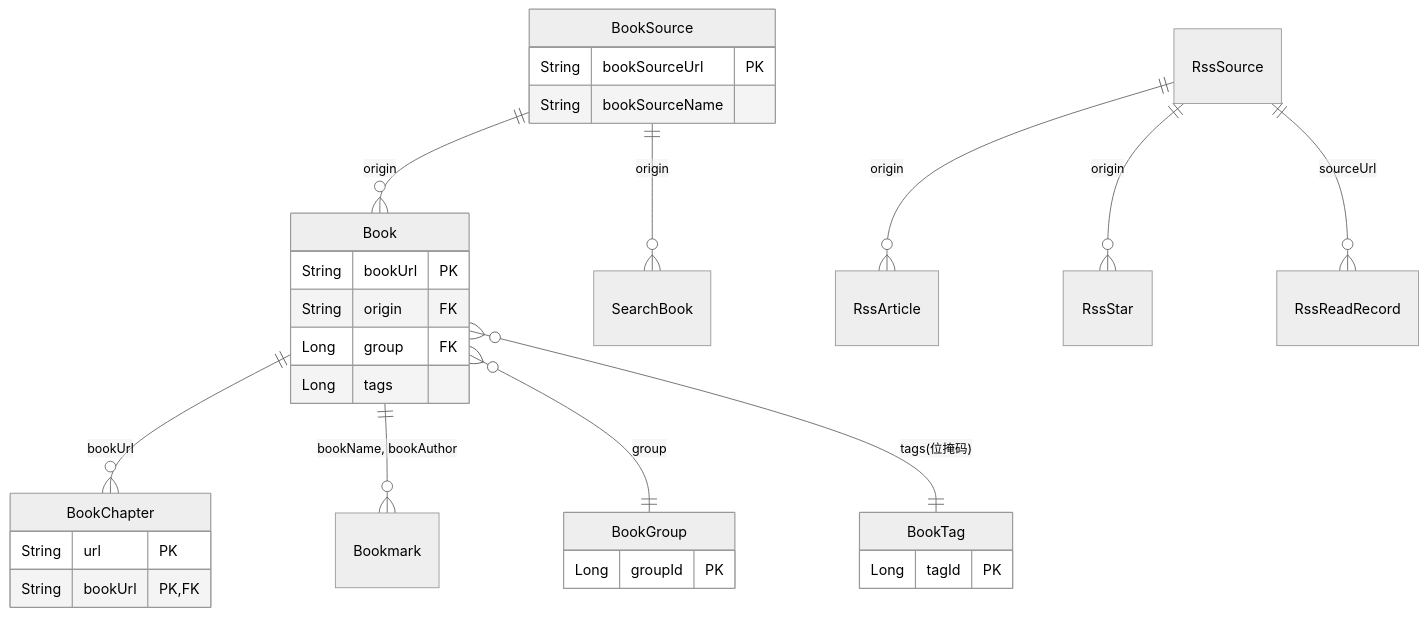
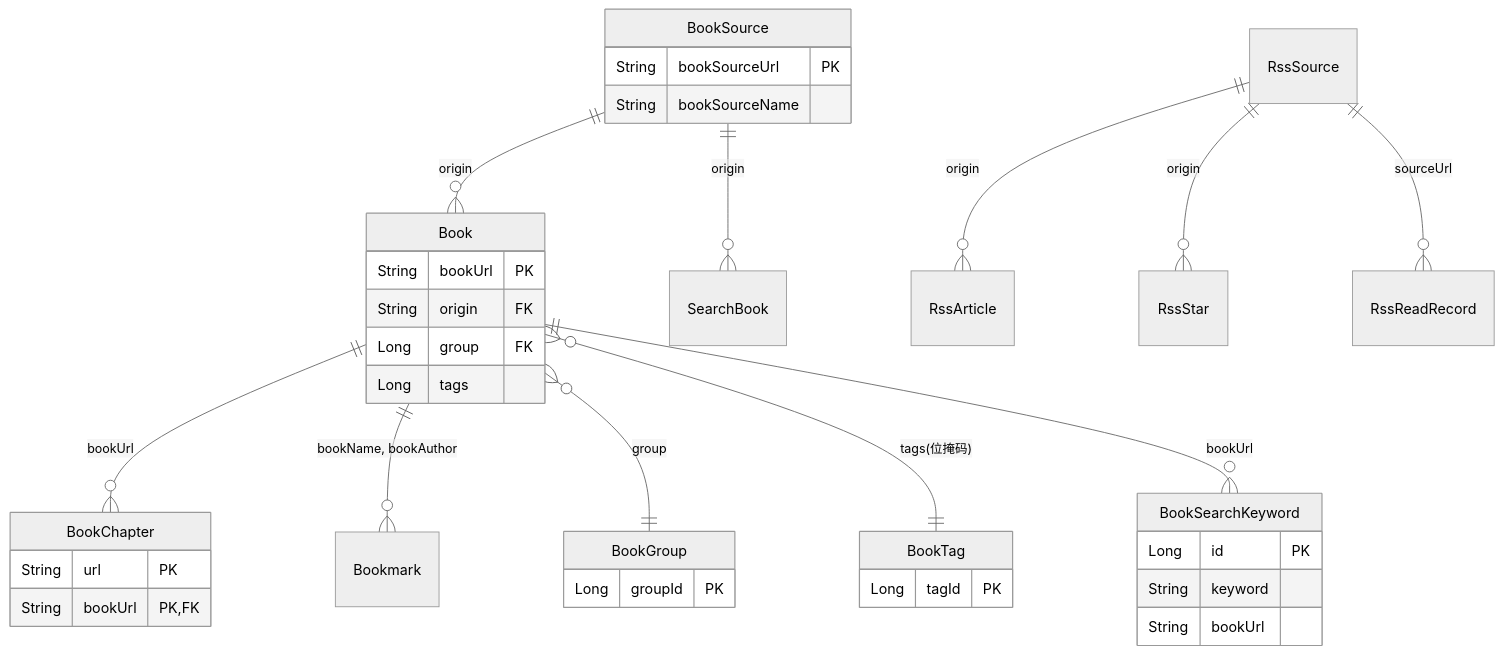
One commit to Mupceet/EssentialReader changed the diagram in PRD.md. Above: the diagram before and after it, drawn with Mermaid (neutral theme). The commit also changed other lines of this file and 88 other files, not shown here.

````diff
--- a/PRD.md
+++ b/PRD.md
@@ -654,33 +690,39 @@
 ```mermaid
 erDiagram
     BookSource ||--o{ Book : "origin"
     BookSource ||--o{ SearchBook : "origin"
     Book ||--o{ BookChapter : "bookUrl"
     Book ||--o{ Bookmark : "bookName, bookAuthor"
     Book }o--|| BookGroup : "group"
     Book }o--|| BookTag : "tags(位掩码)"
+    Book ||--o{ BookSearchKeyword : "bookUrl"
     RssSource ||--o{ RssArticle : "origin"
     RssSource ||--o{ RssStar : "origin"
     RssSource ||--o{ RssReadRecord : "sourceUrl"
     
     BookSource {
         String bookSourceUrl PK
         String bookSourceName
     }
     Book {
         String bookUrl PK
         String origin FK
         Long group FK
         Long tags
     }
     BookChapter {
         String url PK
         String bookUrl PK,FK
     }
     BookGroup {
         Long groupId PK
     }
     BookTag {
         Long tagId PK
     }
+    BookSearchKeyword {
+        Long id PK
+        String keyword
+        String bookUrl
+    }
 ```
````
